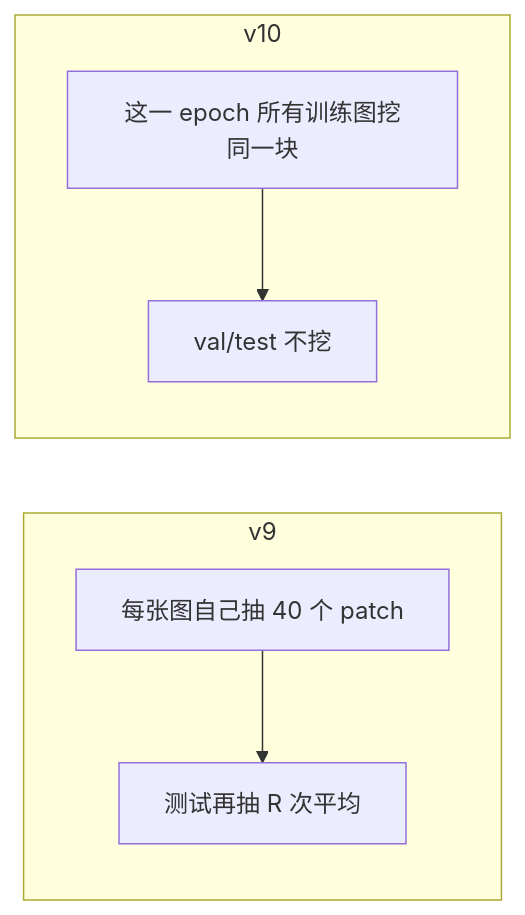
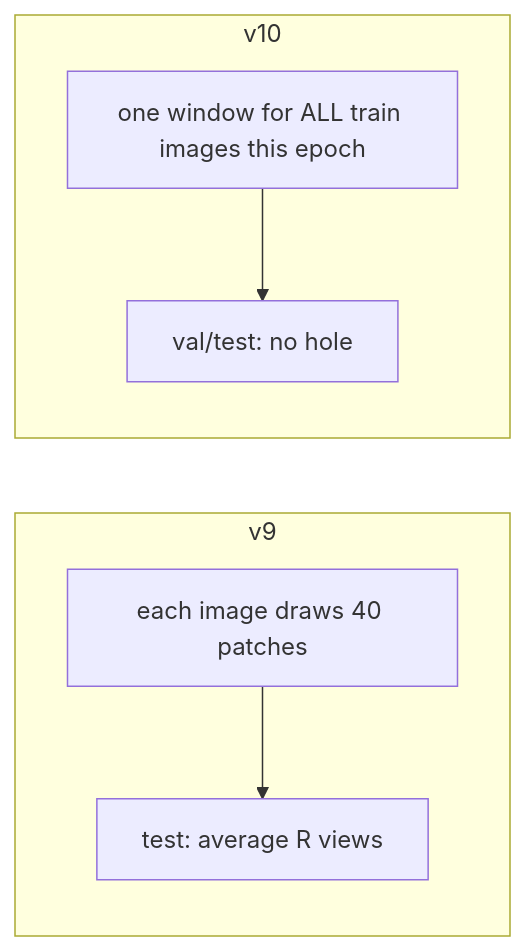
Before and after one commit to una-sariel/deepyeast-mase: the diagram in V10_RUN.md, drawn with Mermaid. The commit also changed other lines of this file and 3 other files, not shown here.

````diff
--- a/V10_RUN.md
+++ b/V10_RUN.md
@@ -18,13 +136,13 @@
 ```mermaid
 flowchart LR
   subgraph v9b [v9]
-    A["每张图自己抽 40 个 patch"]
-    B["测试再抽 R 次平均"]
+    A["each image draws 40 patches"]
+    B["test: average R views"]
     A --> B
   end
   subgraph v10b [v10]
-    C["这一 epoch 所有训练图挖同一块"]
-    D["val/test 不挖"]
+    C["one window for ALL train images this epoch"]
+    D["val/test: no hole"]
     C --> D
   end
 ```
````
